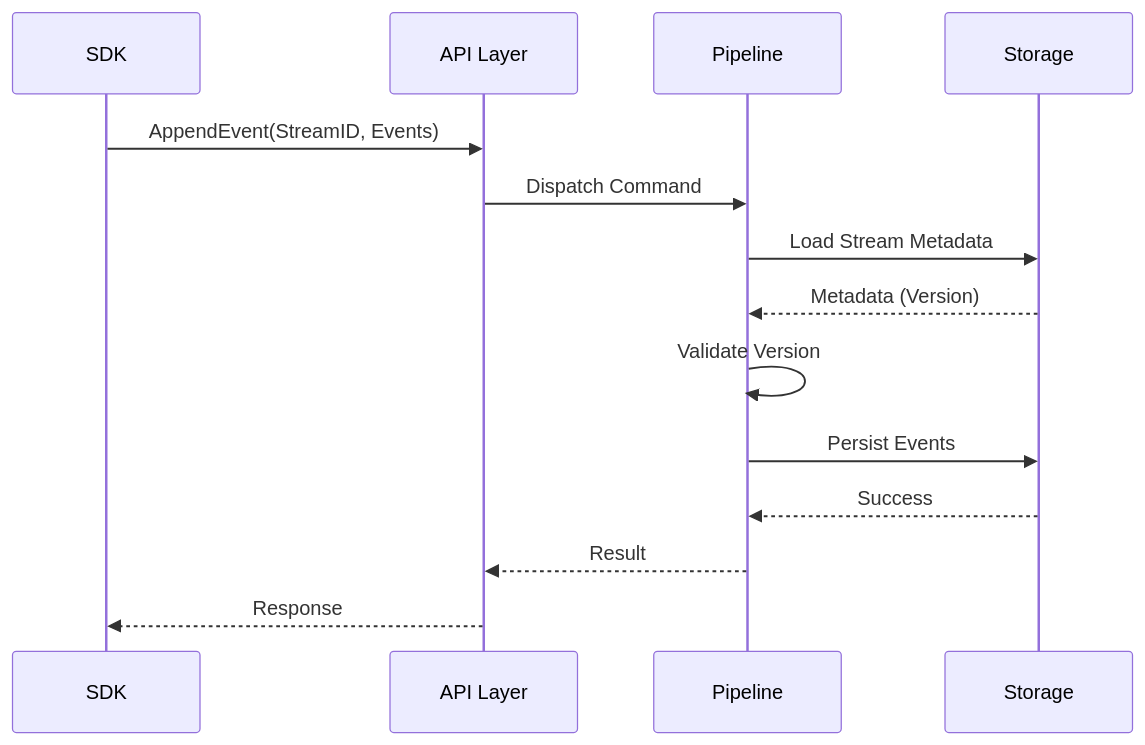
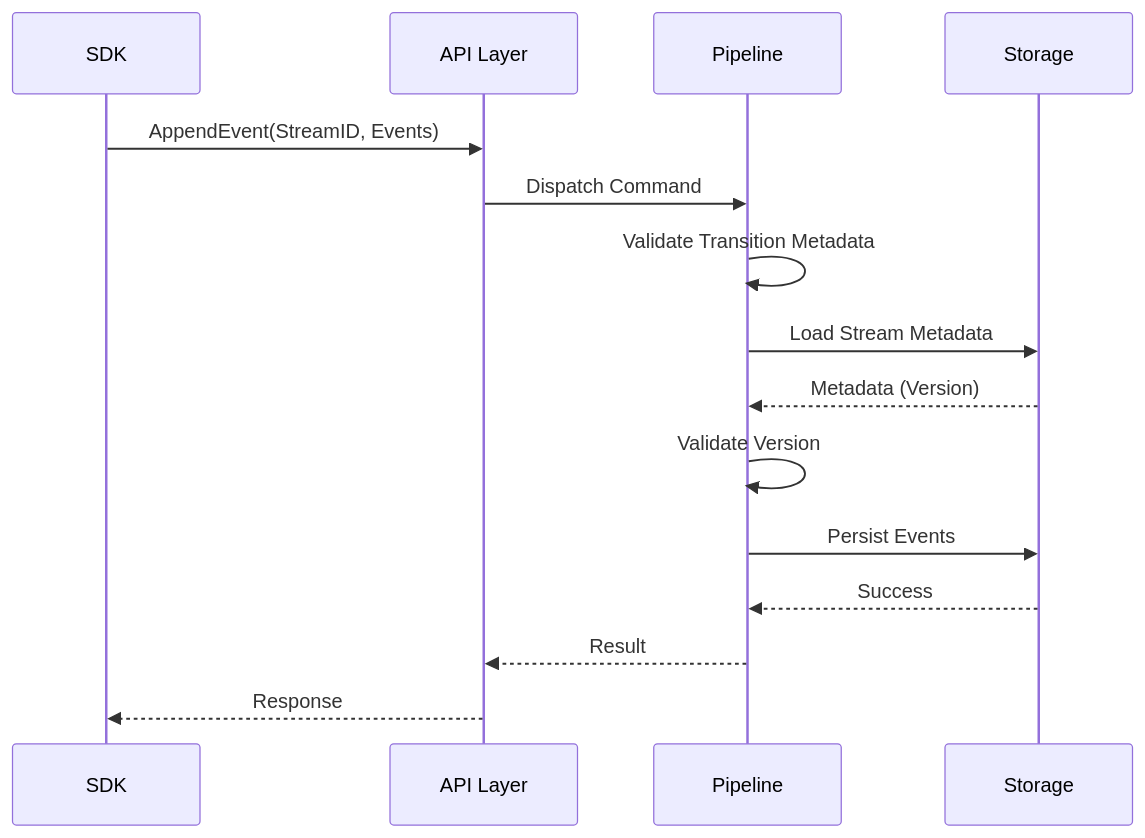
Before and after one commit to riken127/graveyardb: the third of 3 diagrams in docs/ARCHITECTURE.md, drawn with Mermaid. The commit also changed other lines of this file and 29 other files, not shown here.

````diff
--- a/docs/ARCHITECTURE.md
+++ b/docs/ARCHITECTURE.md
@@ -51,17 +76,18 @@
 ```mermaid
 sequenceDiagram
     participant C as SDK
     participant A as API Layer
     participant P as Pipeline
     participant S as Storage
 
     C->>A: AppendEvent(StreamID, Events)
     A->>P: Dispatch Command
+    P->>P: Validate Transition Metadata
     P->>S: Load Stream Metadata
     S-->>P: Metadata (Version)
     P->>P: Validate Version
     P->>S: Persist Events
     S-->>P: Success
     P-->>A: Result
     A-->>C: Response
 ```
````
